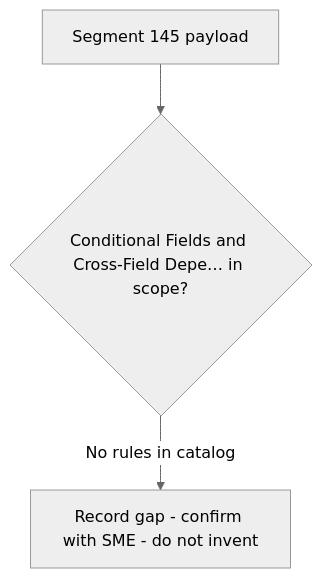
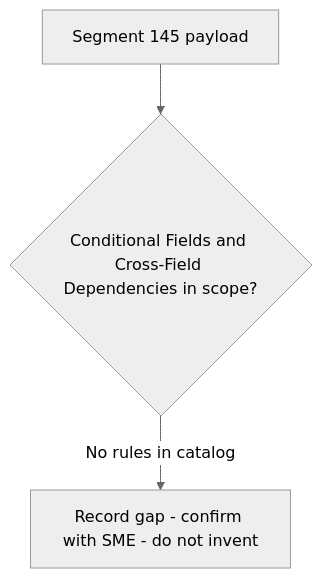
Before and after one commit to DhanSingh-hub/core-auth-ai-validation-framework: the diagram in regression-artifact-validator/specifications/ATL105/docs/specs/kb/segment-145/conditional-dependency-rules-flow.md, drawn with Mermaid (neutral theme). The commit also changed 150 other files, not shown here.

````diff
--- a/regression-artifact-validator/specifications/ATL105/docs/specs/kb/segment-145/conditional-dependency-rules-flow.md
+++ b/regression-artifact-validator/specifications/ATL105/docs/specs/kb/segment-145/conditional-dependency-rules-flow.md
@@ -3,5 +3,5 @@
 ```mermaid
 flowchart TD
-    A[Segment 145 payload] --> B{Conditional Fields and Cross-Field Depe… in scope?}
+    A[Segment 145 payload] --> B{Conditional Fields and Cross-Field Dependencies in scope?}
     B -->|No rules in catalog| G[Record gap - confirm with SME - do not invent]
 ```
````
